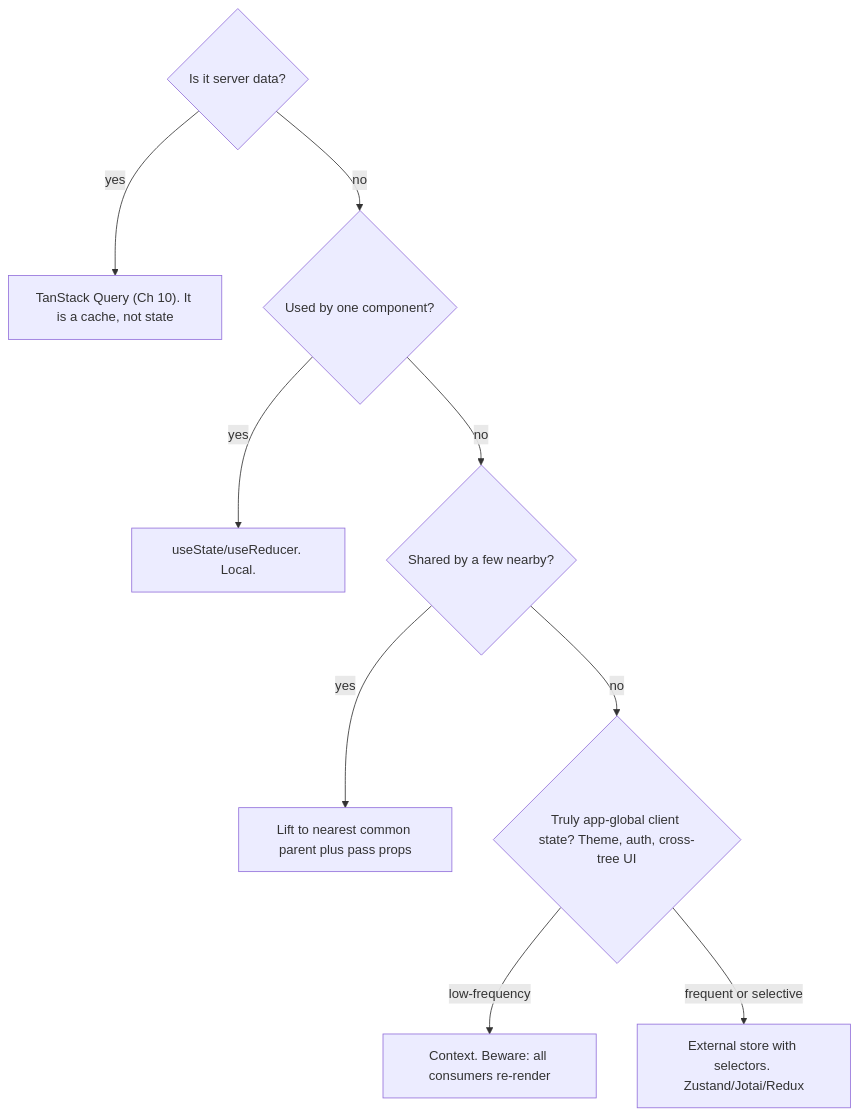
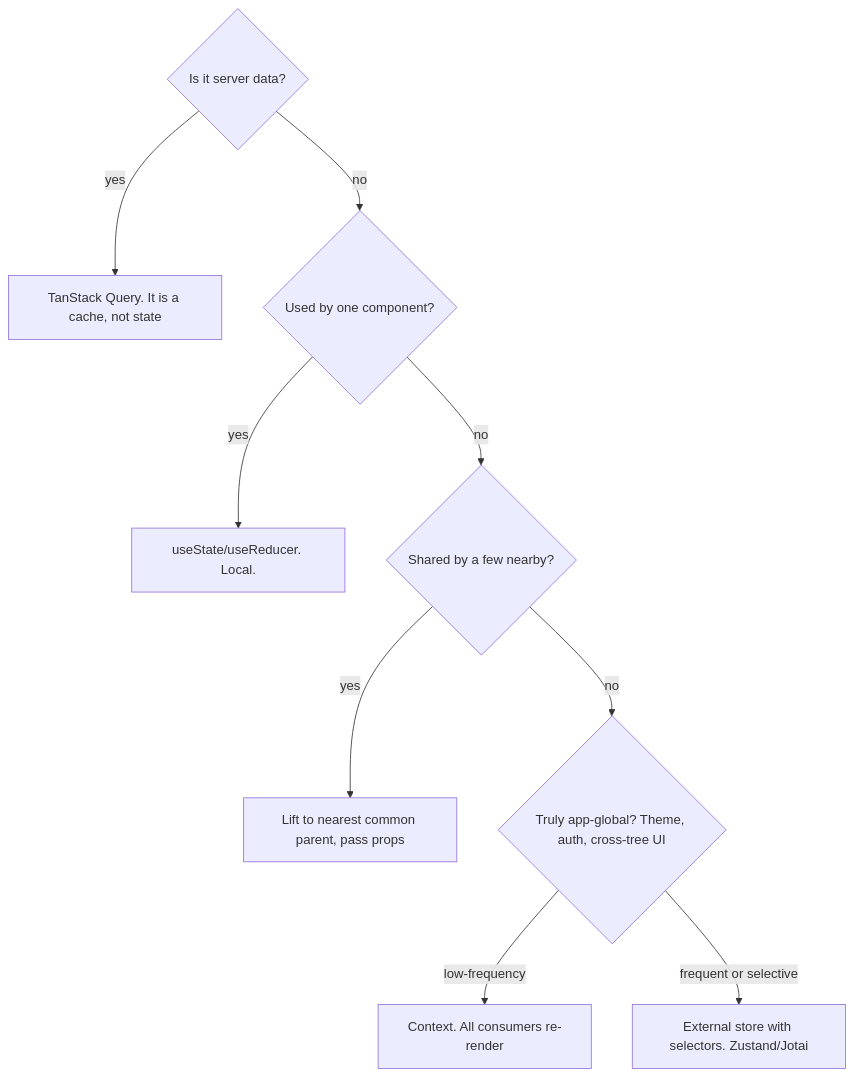
Before and after one commit to ashishxcode/frontend-internals: the diagram in packages/content/content/11-architecture.mdx, drawn with Mermaid. The commit also changed other lines of this file and 34 other files, not shown here.

````diff
--- a/packages/content/content/11-architecture.mdx
+++ b/packages/content/content/11-architecture.mdx
@@ -47,11 +28,11 @@
 ```mermaid
 flowchart TD
-  q1{Is it server data?} -->|yes| server["TanStack Query (Ch 10). It is a cache, not state"]
+  q1{Is it server data?} -->|yes| server["TanStack Query. It is a cache, not state"]
   q1 -->|no| q2{Used by one component?}
   q2 -->|yes| local["useState/useReducer. Local."]
   q2 -->|no| q3{Shared by a few nearby?}
-  q3 -->|yes| lift["Lift to nearest common parent plus pass props"]
-  q3 -->|no| q4{Truly app-global client state? Theme, auth, cross-tree UI}
-  q4 -->|low-frequency| ctx["Context. Beware: all consumers re-render"]
-  q4 -->|frequent or selective| store["External store with selectors. Zustand/Jotai/Redux"]
+  q3 -->|yes| lift["Lift to nearest common parent, pass props"]
+  q3 -->|no| q4{Truly app-global? Theme, auth, cross-tree UI}
+  q4 -->|low-frequency| ctx["Context. All consumers re-render"]
+  q4 -->|frequent or selective| store["External store with selectors. Zustand/Jotai"]
 ```
````
